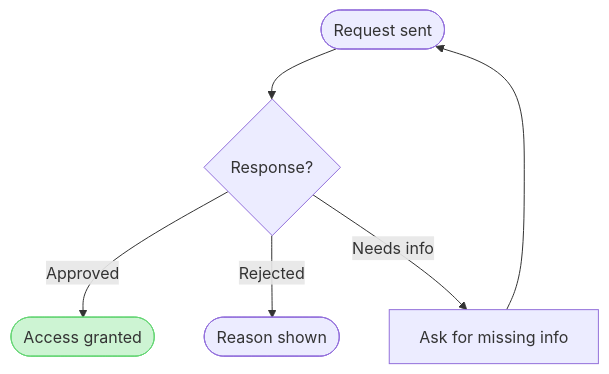
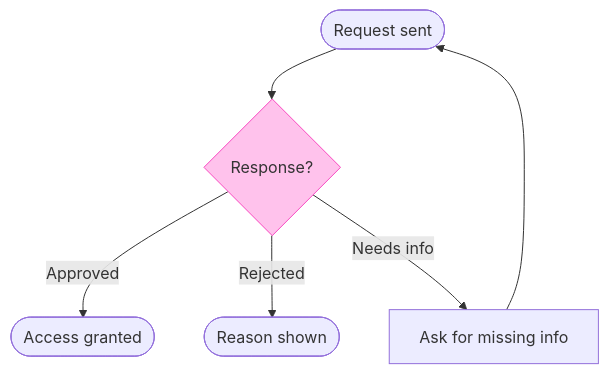
Before and after one commit to MichelKerkmeester/product-owner_create-tickets-and-stories: the fourth of 6 diagrams in sk-create-figjam/assets/flow-templates.md, drawn with Mermaid. The commit also changed other lines of this file and 51 other files, not shown here.

````diff
--- a/sk-create-figjam/assets/flow-templates.md
+++ b/sk-create-figjam/assets/flow-templates.md
@@ -101,9 +106,10 @@
 ```mermaid
 flowchart TD
+    %% goal: done
     start([Request sent]) --> result{Response?}
     result -->|Approved| done([Access granted])
     result -->|Rejected| reject([Reason shown])
     result -->|Needs info| ask[Ask for missing info]
     ask --> start
-    style done fill:#CDF4D3,stroke:#66D575
+    style result fill:#FFC2EC,stroke:#F849C1
 ```
````
